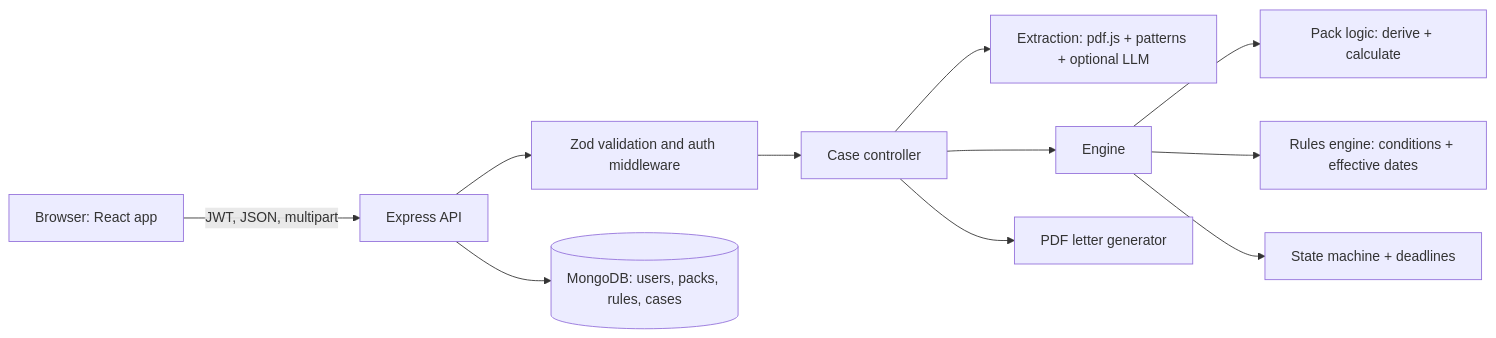
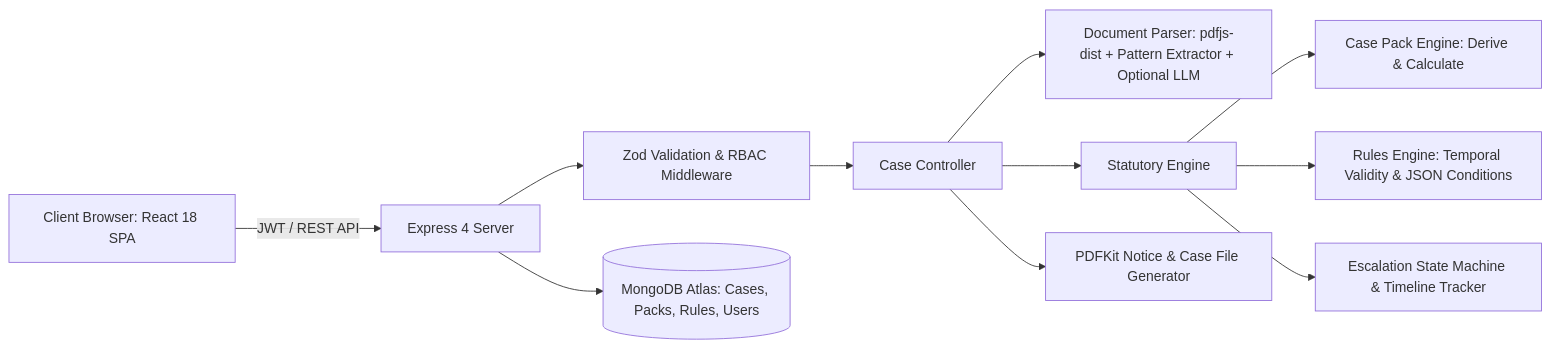
One commit to Blitzdevdaddy/KeshavProjectMern changed the diagram in README.md. Above: the diagram before and after it, drawn with Mermaid. The commit also changed other lines of this file and 39 other files, not shown here.

````diff
--- a/README.md
+++ b/README.md
@@ -63,13 +29,13 @@
 ```mermaid
 flowchart LR
-  U[Browser: React app] -->|JWT, JSON, multipart| A[Express API]
-  A --> V[Zod validation and auth middleware]
-  V --> C[Case controller]
-  C --> X[Extraction: pdf.js + patterns + optional LLM]
-  C --> E[Engine]
-  E --> D[Pack logic: derive + calculate]
-  E --> R[Rules engine: conditions + effective dates]
-  E --> S[State machine + deadlines]
-  C --> L[PDF letter generator]
-  A --> M[(MongoDB: users, packs, rules, cases)]
+  U[Client Browser: React 18 SPA] -->|JWT / REST API| A[Express 4 Server]
+  A --> V[Zod Validation & RBAC Middleware]
+  V --> C[Case Controller]
+  C --> X[Document Parser: pdfjs-dist + Pattern Extractor + Optional LLM]
+  C --> E[Statutory Engine]
+  E --> D[Case Pack Engine: Derive & Calculate]
+  E --> R[Rules Engine: Temporal Validity & JSON Conditions]
+  E --> S[Escalation State Machine & Timeline Tracker]
+  C --> L[PDFKit Notice & Case File Generator]
+  A --> M[(MongoDB Atlas: Cases, Packs, Rules, Users)]
 ```
````
